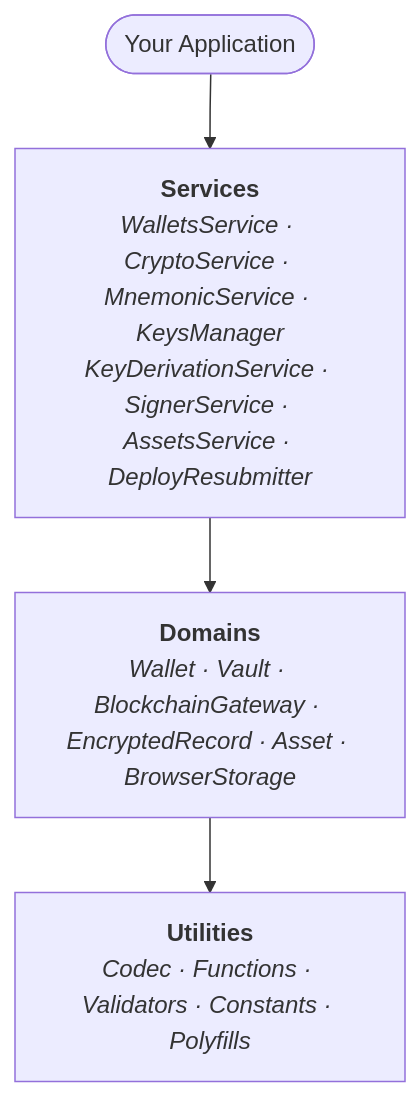
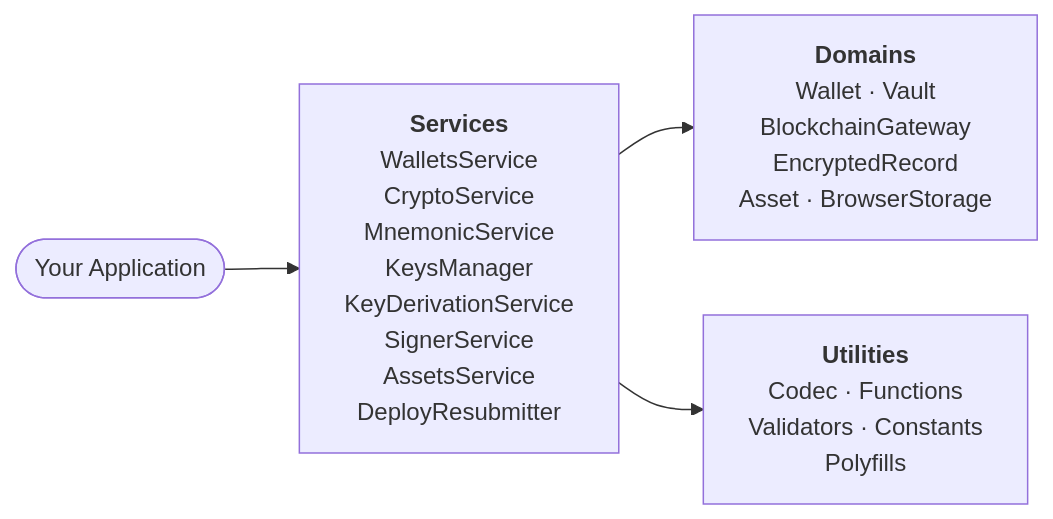
The fifth of 6 diagrams in wallet-sdk/overview/index.md (asi-alliance/asi-chain-docs-portal), drawn with Mermaid before and after one commit. The commit also changed other lines of this file, not shown here.

Commit message:
[AS-571] Add 6 mermaid diagram variations for review

````diff
--- a/wallet-sdk/overview/index.md
+++ b/wallet-sdk/overview/index.md
@@ -139,12 +142,6 @@
 ```mermaid
-flowchart TB
-    A(["Your Application"])
-
-    S["<b>Services</b><br/><i>WalletsService · CryptoService · MnemonicService · KeysManager</i><br/><i>KeyDerivationService · SignerService · AssetsService · DeployResubmitter</i>"]
-
-    D["<b>Domains</b><br/><i>Wallet · Vault · BlockchainGateway · EncryptedRecord · Asset · BrowserStorage</i>"]
-
-    U["<b>Utilities</b><br/><i>Codec · Functions · Validators · Constants · Polyfills</i>"]
-
-    A --> S --> D --> U
+graph LR
+    A(["Your Application"]) --> S["<b>Services</b><br/>WalletsService<br/>CryptoService<br/>MnemonicService<br/>KeysManager<br/>KeyDerivationService<br/>SignerService<br/>AssetsService<br/>DeployResubmitter"]
+    S --> D["<b>Domains</b><br/>Wallet · Vault<br/>BlockchainGateway<br/>EncryptedRecord<br/>Asset · BrowserStorage"]
+    S --> U["<b>Utilities</b><br/>Codec · Functions<br/>Validators · Constants<br/>Polyfills"]
 ```
````
